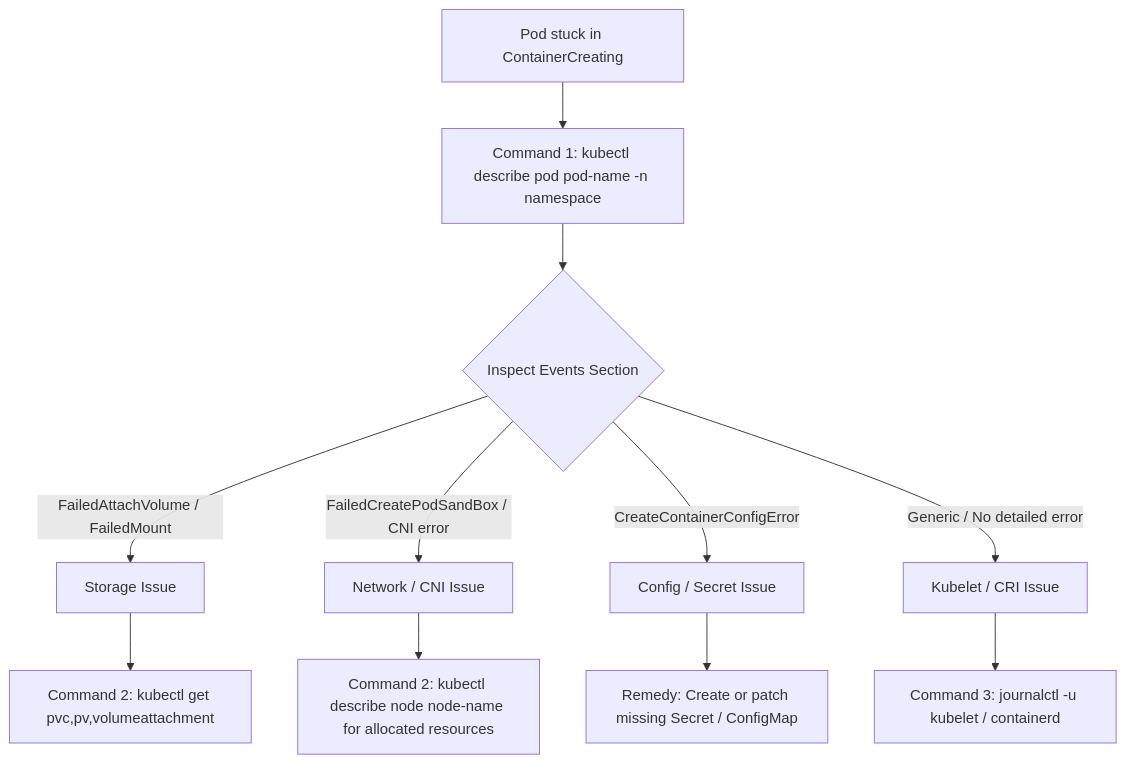
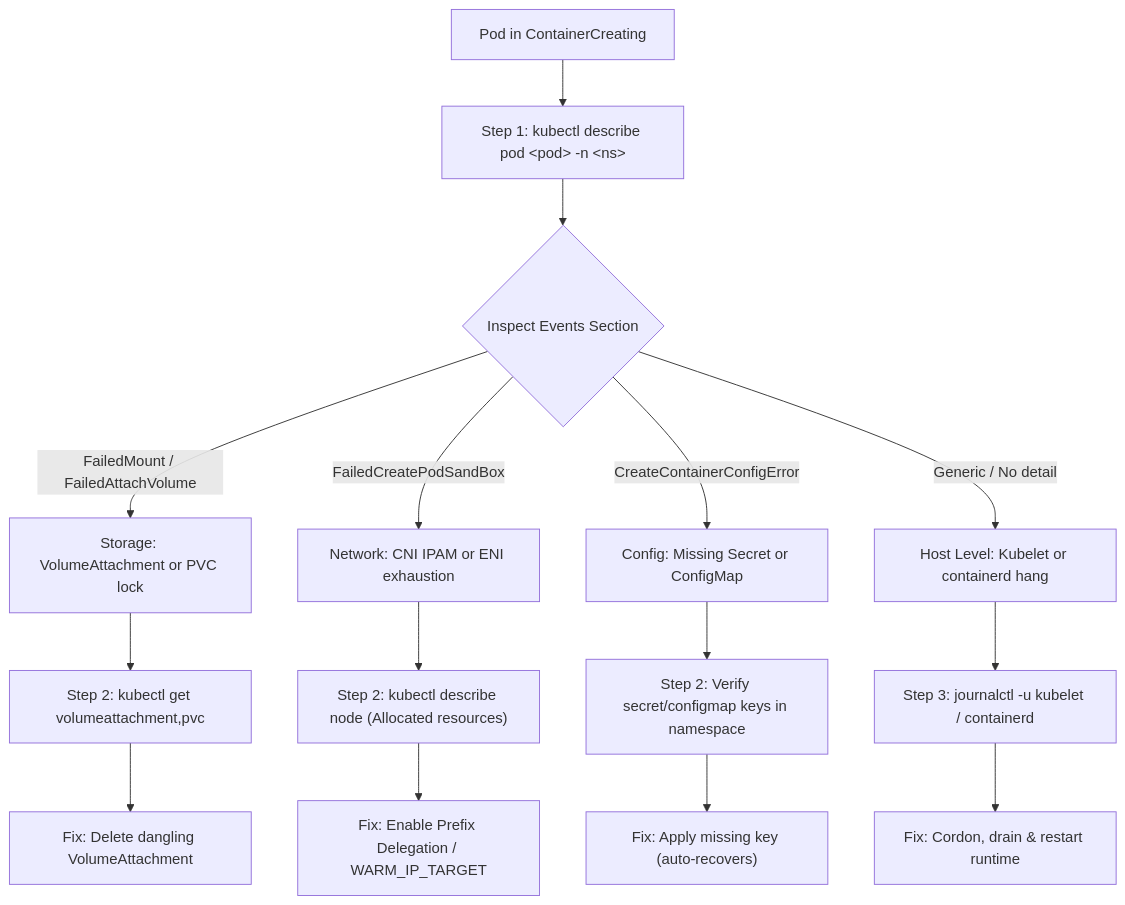
Before and after one commit to Inderjit-blaggan/Notes: the diagram in Interview_questions/kubernetes_interview_question.md, drawn with Mermaid. The commit also changed other lines of this file and 4 other files, not shown here.

````diff
--- a/Interview_questions/kubernetes_interview_question.md
+++ b/Interview_questions/kubernetes_interview_question.md
@@ -31,16 +102,21 @@
 ```mermaid
 flowchart TD
-    Start["Pod stuck in ContainerCreating"] --> Cmd1["Command 1: kubectl describe pod pod-name -n namespace"]
+    Start["Pod in ContainerCreating"] --> Step1["Step 1: kubectl describe pod &lt;pod&gt; -n &lt;ns&gt;"]
     
-    Cmd1 --> CheckEvents{"Inspect Events Section"}
+    Step1 --> Decision{"Inspect Events Section"}
     
-    CheckEvents -->|FailedAttachVolume / FailedMount| VolBranch["Storage Issue"]
-    CheckEvents -->|FailedCreatePodSandBox / CNI error| NetBranch["Network / CNI Issue"]
-    CheckEvents -->|CreateContainerConfigError| CfgBranch["Config / Secret Issue"]
-    CheckEvents -->|Generic / No detailed error| OSBranch["Kubelet / CRI Issue"]
+    Decision -->|FailedMount / FailedAttachVolume| Storage["Storage: VolumeAttachment or PVC lock"]
+    Decision -->|FailedCreatePodSandBox| Network["Network: CNI IPAM or ENI exhaustion"]
+    Decision -->|CreateContainerConfigError| Config["Config: Missing Secret or ConfigMap"]
+    Decision -->|Generic / No detail| CRI["Host Level: Kubelet or containerd hang"]
     
-    VolBranch --> Cmd2A["Command 2: kubectl get pvc,pv,volumeattachment"]
-    NetBranch --> Cmd2B["Command 2: kubectl describe node node-name for allocated resources"]
-    CfgBranch --> FixCfg["Remedy: Create or patch missing Secret / ConfigMap"]
-    OSBranch --> Cmd3["Command 3: journalctl -u kubelet / containerd"]
+    Storage --> Step2A["Step 2: kubectl get volumeattachment,pvc"]
+    Network --> Step2B["Step 2: kubectl describe node (Allocated resources)"]
+    Config --> Step2C["Step 2: Verify secret/configmap keys in namespace"]
+    CRI --> Step3["Step 3: journalctl -u kubelet / containerd"]
+    
+    Step2A --> Fix1["Fix: Delete dangling VolumeAttachment"]
+    Step2B --> Fix2["Fix: Enable Prefix Delegation / WARM_IP_TARGET"]
+    Step2C --> Fix3["Fix: Apply missing key (auto-recovers)"]
+    Step3 --> Fix4["Fix: Cordon, drain & restart runtime"]
 ```
````
